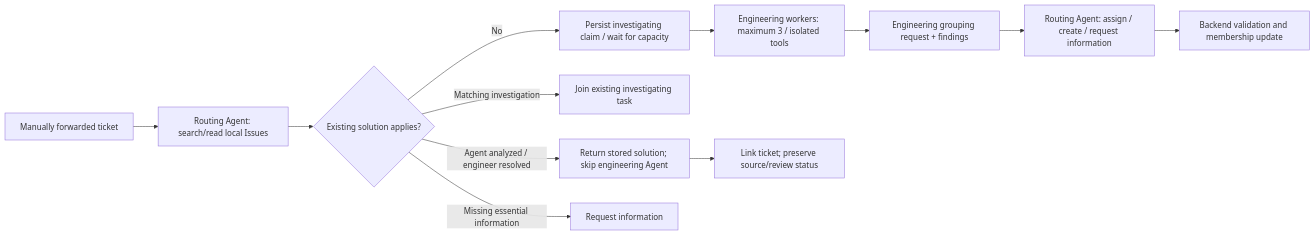
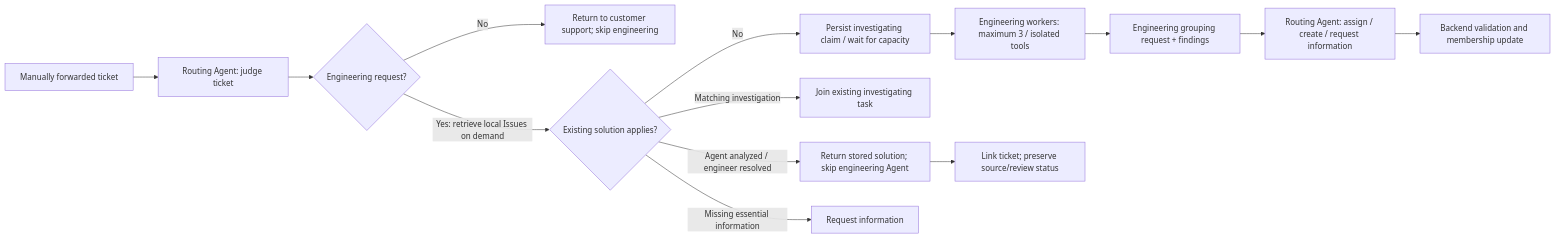
The diagram in docs/ISSUE_DIRECTORY.md (SDUzbh/esa), drawn with Mermaid before and after one commit. The commit also changed other lines of this file and 30 other files, not shown here.

````diff
--- a/docs/ISSUE_DIRECTORY.md
+++ b/docs/ISSUE_DIRECTORY.md
@@ -7,14 +7,16 @@
 ```mermaid
 flowchart LR
-    A["Manually forwarded ticket"] --> B["Routing Agent: search/read local Issues"]
-    B --> C{"Existing solution applies?"}
+    A["Manually forwarded ticket"] --> B["Routing Agent: judge ticket"]
+    B --> R{"Engineering request?"}
+    R -->|"No"| S["Return to customer support; skip engineering"]
+    R -->|"Yes: retrieve local Issues on demand"| C{"Existing solution applies?"}
     C -->|"Agent analyzed / engineer resolved"| D["Return stored solution; skip engineering Agent"]
     C -->|"Matching investigation"| Q["Join existing investigating task"]
     C -->|"No"| W["Persist investigating claim / wait for capacity"]
     W --> E["Engineering workers: maximum 3 / isolated tools"]
     C -->|"Missing essential information"| F["Request information"]
     E --> G["Engineering grouping request + findings"]
     G --> I["Routing Agent: assign / create / request information"]
     I --> J["Backend validation and membership update"]
     D --> H["Link ticket; preserve source/review status"]
 ```
````
